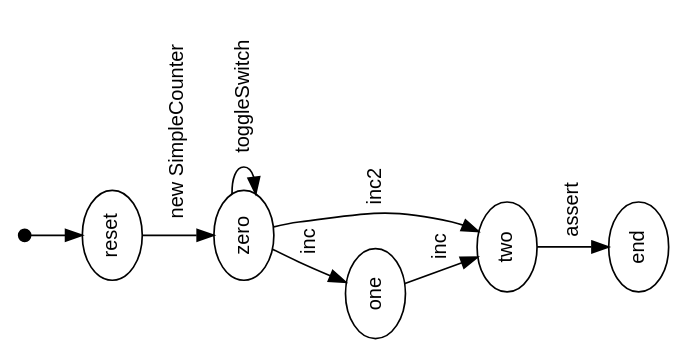
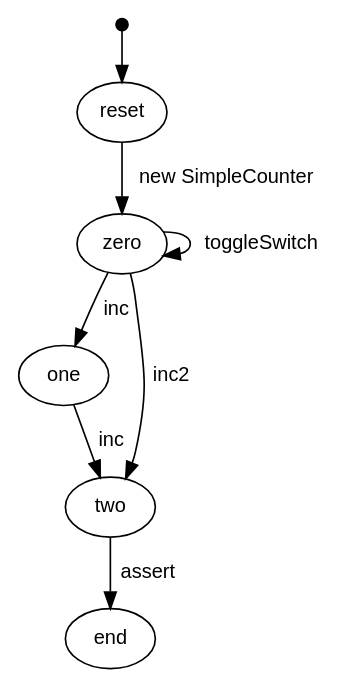
One commit to nour95/modbat changed the diagram in modbat.examples.SimpleModel.dot. Above: the diagram before and after it, drawn with Graphviz. The commit also changed 20 other files, not shown here.

Commit message:
fix printing graph to go through edges

```diff
--- a/modbat.examples.SimpleModel.dot
+++ b/modbat.examples.SimpleModel.dot
@@ -1,14 +1,13 @@
 digraph model {
-  orientation = landscape;
   graph [ rankdir = "TB", ranksep="0.4", nodesep="0.2" ];
   node [ fontname = "Helvetica", fontsize="12.0", margin="0.07" ];
   edge [ fontname = "Helvetica", fontsize="12.0", margin="0.05" ];
   "" [ shape = "point", height="0.1" ];
   "" -> reset
+  one	-> two [ label = " inc " ];
   reset	-> zero [ label = " new SimpleCounter " ];
+  two	-> end [ label = " assert " ];
   zero	-> zero [ label = " toggleSwitch " ];
   zero	-> one [ label = " inc " ];
   zero	-> two [ label = " inc2 " ];
-  one	-> two [ label = " inc " ];
-  two	-> end [ label = " assert " ];
 }
```
